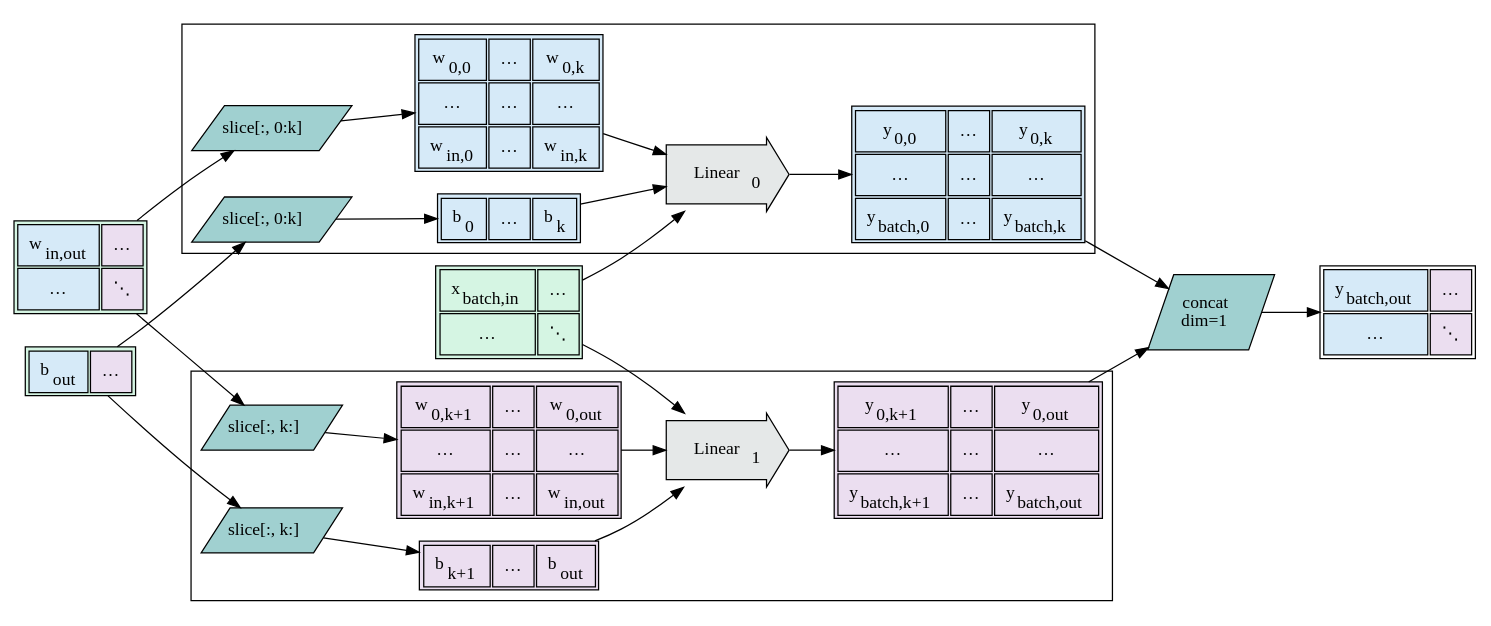
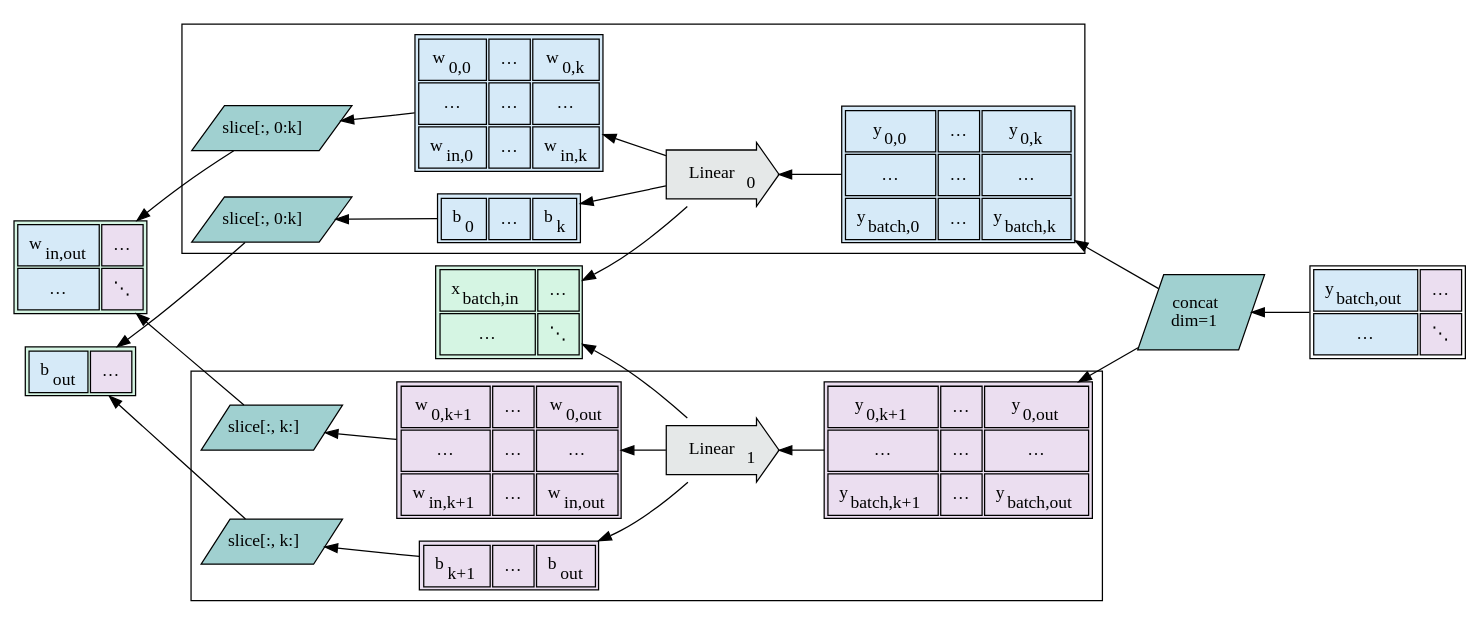
Before and after one commit to crutcher/crutcher.github.io-source: diagram 18 of 55 in source/Tapestry/index.md, drawn with Graphviz. The commit also changed other lines of this file, not shown here.

Commit message:
graph ordering

````diff
--- a/source/Tapestry/index.md
+++ b/source/Tapestry/index.md
@@ -2539,6 +2746,6 @@
 ```graphviz
 digraph G {
-    rankdir=LR;
+    rankdir=RL;
 
     x [
         shape="plain",
@@ -2646,7 +2853,7 @@
         shape=rarrow,
         style=filled,
         fillcolor="#E5E8E8",
-        margin=0.3
+        margin=0.25
     ];
 
     y0 [
@@ -2671,9 +2878,9 @@
             </table>
         >,
     ];
-
-    b0 -> op0;
-    op0 -> y0;
+    
+    op0 -> b0;
+    y0 -> op0;
 
     }
 
@@ -2761,11 +2968,11 @@
         shape=rarrow,
         style=filled,
         fillcolor="#E5E8E8",
-        margin=0.3
+        margin=0.25
     ];
-
-    bk -> opk;
-    opk -> yk;
+    
+    opk -> bk;
+    yk -> opk;
 
     }
 
@@ -2785,18 +2992,17 @@
         >,
     ];
 
+    op0 -> x [weight=0];
+    opk -> x [weight=0];
+    
+    w0 -> SW0 -> w;
+    wk -> SWk -> w;
 
-    x -> op0 [weight=0];
-    x -> opk [weight=0];
+    b0 -> Sb0 -> b;
+    bk -> Sbk -> b;
 
-    w -> SW0 -> w0;
-    w -> SWk -> wk;
-
-    b -> Sb0 -> b0;
-    b -> Sbk -> bk;
-
-    w0 -> op0;
-    wk -> opk;
+    op0 -> w0;
+    opk -> wk;
     
     SC [
       label=<
@@ -2811,9 +3017,9 @@
       fillcolor="#a0d0d0",
       color=black,
     ];
-
-    y0 -> SC;
-    yk -> SC;
-    SC -> y;
+    
+    SC -> y0;
+    SC -> yk;
+    y -> SC;
 }
 ```
````
